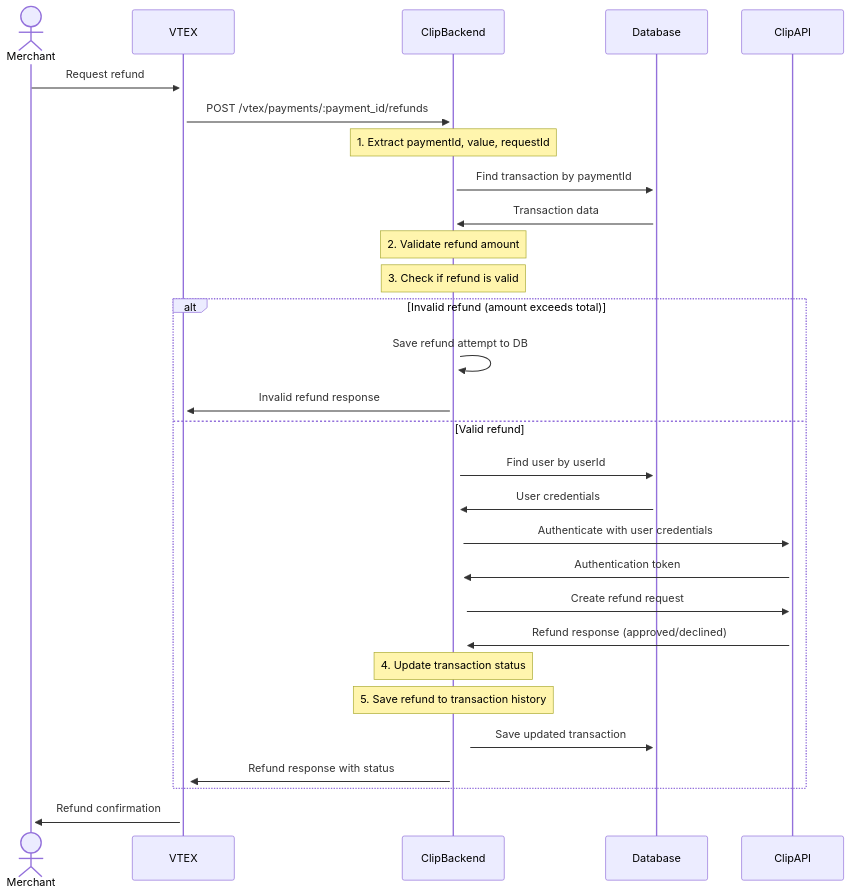
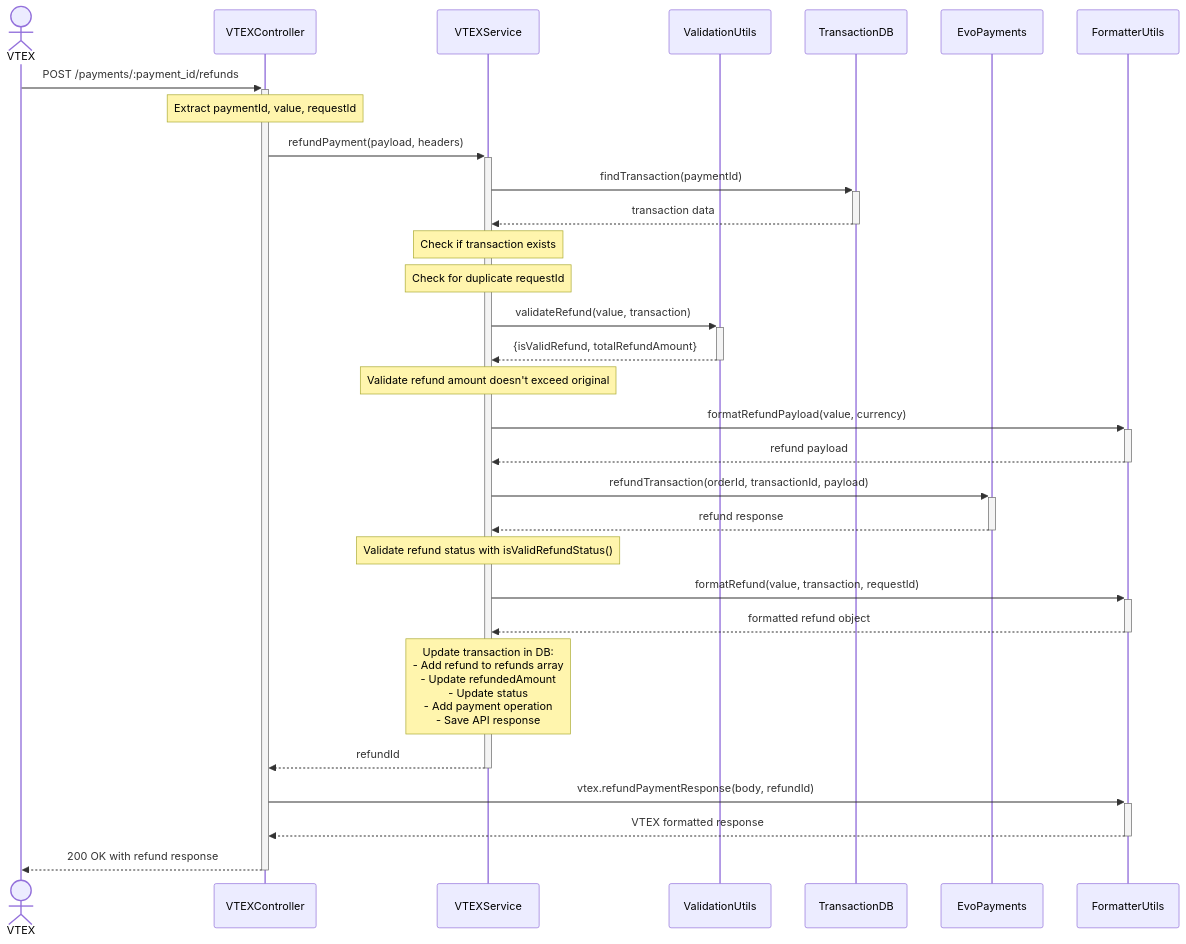
The second of 2 diagrams in README.md (joa2pac/text-assistant-gpt), drawn with Mermaid before and after one commit. The commit also changed other lines of this file, not shown here.

````diff
--- a/README.md
+++ b/README.md
@@ -280,40 +317,46 @@
 ```mermaid
 sequenceDiagram
-    actor Merchant
-    participant VTEX
-    participant ClipBackend
-    participant Database
-    participant ClipAPI
+    actor VTEX
+    participant VTEXController
+    participant VTEXService
+    participant ValidationUtils
+    participant TransactionDB
+    participant EvoPayments
+    participant FormatterUtils
 
-    Merchant->>+VTEX: Request refund
-    VTEX->>+ClipBackend: POST /vtex/payments/:payment_id/refunds
-    Note over ClipBackend: 1. Extract paymentId, value, requestId
+    VTEX->>+VTEXController: POST /payments/:payment_id/refunds
+    Note over VTEXController: Extract paymentId, value, requestId
     
-    ClipBackend->>+Database: Find transaction by paymentId
-    Database->>+ClipBackend: Transaction data
+    VTEXController->>+VTEXService: refundPayment(payload, headers)
     
-    Note over ClipBackend: 2. Validate refund amount
-    Note over ClipBackend: 3. Check if refund is valid
+    VTEXService->>+TransactionDB: findTransaction(paymentId)
+    TransactionDB-->>-VTEXService: transaction data
     
-    alt Invalid refund (amount exceeds total)
-        ClipBackend->>ClipBackend: Save refund attempt to DB
-        ClipBackend->>+VTEX: Invalid refund response
-    else Valid refund
-        ClipBackend->>+Database: Find user by userId
-        Database->>+ClipBackend: User credentials
-        
-        ClipBackend->>+ClipAPI: Authenticate with user credentials
-        ClipAPI->>+ClipBackend: Authentication token
-        
-        ClipBackend->>+ClipAPI: Create refund request
-        ClipAPI->>+ClipBackend: Refund response (approved/declined)
-        
-        Note over ClipBackend: 4. Update transaction status
-        Note over ClipBackend: 5. Save refund to transaction history
-        
-        ClipBackend->>+Database: Save updated transaction
-        ClipBackend->>+VTEX: Refund response with status
-    end
+    Note over VTEXService: Check if transaction exists
+    Note over VTEXService: Check for duplicate requestId
     
-    VTEX->>+Merchant: Refund confirmation
+    VTEXService->>+ValidationUtils: validateRefund(value, transaction)
+    ValidationUtils-->>-VTEXService: {isValidRefund, totalRefundAmount}
+    
+    Note over VTEXService: Validate refund amount doesn't exceed original
+    
+    VTEXService->>+FormatterUtils: formatRefundPayload(value, currency)
+    FormatterUtils-->>-VTEXService: refund payload
+    
+    VTEXService->>+EvoPayments: refundTransaction(orderId, transactionId, payload)
+    EvoPayments-->>-VTEXService: refund response
+    
+    Note over VTEXService: Validate refund status with isValidRefundStatus()
+    
+    VTEXService->>+FormatterUtils: formatRefund(value, transaction, requestId)
+    FormatterUtils-->>-VTEXService: formatted refund object
+    
+    Note over VTEXService: Update transaction in DB:<br/>- Add refund to refunds array<br/>- Update refundedAmount<br/>- Update status<br/>- Add payment operation<br/>- Save API response
+    
+    VTEXService-->>-VTEXController: refundId
+    
+    VTEXController->>+FormatterUtils: vtex.refundPaymentResponse(body, refundId)
+    FormatterUtils-->>-VTEXController: VTEX formatted response
+    
+    VTEXController-->>-VTEX: 200 OK with refund response
 ```
````
